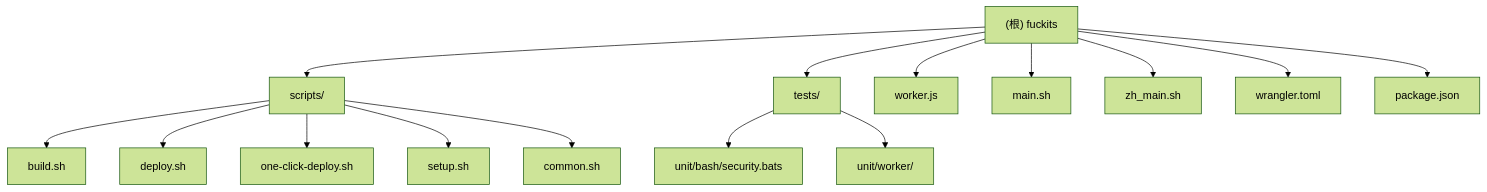
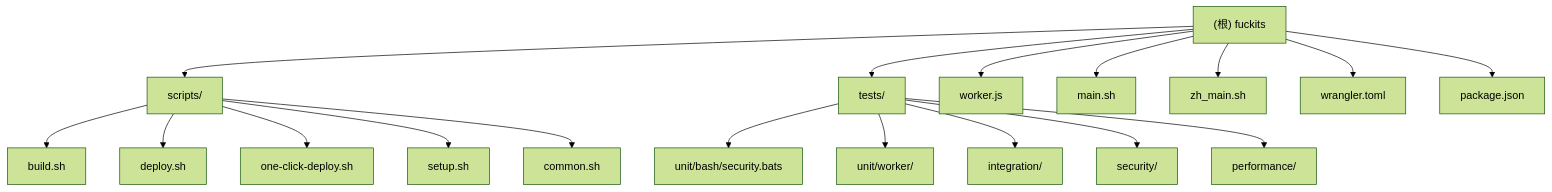
The diagram in CLAUDE.md (Silentely/fuckits), drawn with Mermaid (forest theme) before and after one commit. The commit also changed other lines of this file and 2 other files, not shown here.

````diff
--- a/CLAUDE.md
+++ b/CLAUDE.md
@@ -58,23 +59,26 @@
 ```mermaid
 graph TD
     A["(根) fuckits"] --> B["scripts/"];
     B --> C["build.sh"];
     B --> D["deploy.sh"];
     B --> E["one-click-deploy.sh"];
     B --> F["setup.sh"];
     B --> G["common.sh"];
     A --> H["tests/"];
     H --> I["unit/bash/security.bats"];
     H --> J["unit/worker/"];
+    H --> P["integration/"];
+    H --> Q["security/"];
+    H --> R["performance/"];
     A --> K["worker.js"];
     A --> L["main.sh"];
     A --> M["zh_main.sh"];
     A --> N["wrangler.toml"];
     A --> O["package.json"];
 
     click C "./scripts/CLAUDE.md#build" "查看 build 模块文档"
     click D "./scripts/CLAUDE.md#deploy" "查看 deploy 模块文档"
     click E "./scripts/CLAUDE.md#one-click-deploy" "查看 one-click-deploy 模块文档"
     click F "./scripts/CLAUDE.md#setup" "查看 setup 模块文档"
     click H "./tests/CLAUDE.md" "查看测试模块文档"
 ```
````
